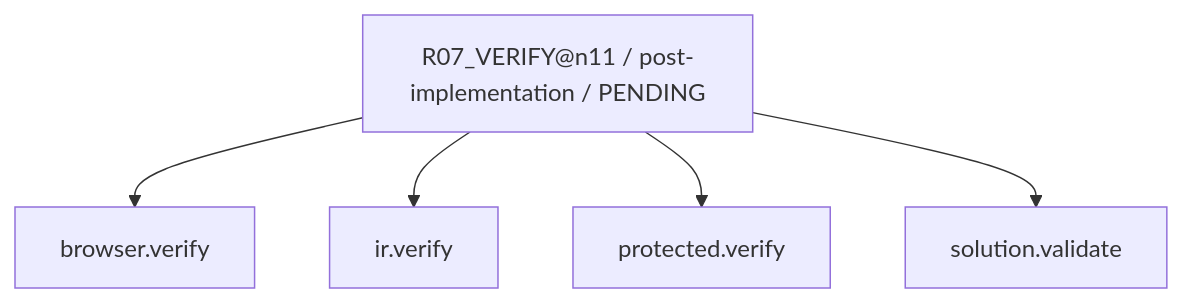
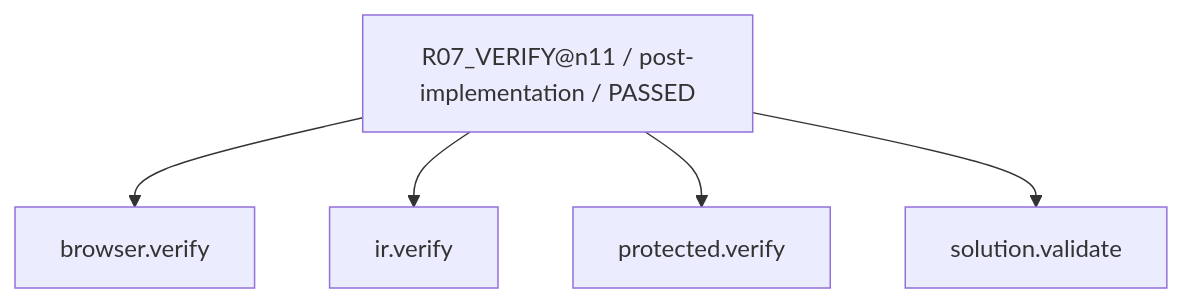
Before and after one commit to rrikunagasige-dot/kyotsu-step-web: the ninth of 15 diagrams in work/items/W-MATH-038-transformation-groups/generated/CAPABILITY_FIRE_DIAGRAM.md, drawn with Mermaid. The commit also changed other lines of this file and 107 other files, not shown here.

````diff
--- a/work/items/W-MATH-038-transformation-groups/generated/CAPABILITY_FIRE_DIAGRAM.md
+++ b/work/items/W-MATH-038-transformation-groups/generated/CAPABILITY_FIRE_DIAGRAM.md
@@ -141,12 +141,12 @@
 ```mermaid
 flowchart TD
-  N0["R07_VERIFY@n11 / post-implementation / PENDING"]
+  N0["R07_VERIFY@n11 / post-implementation / PASSED"]
   N1["ir.verify"]
   N2["browser.verify"]
   N3["protected.verify"]
   N4["solution.validate"]
   N0 --> N2
   N0 --> N1
   N0 --> N3
   N0 --> N4
 ```
````
